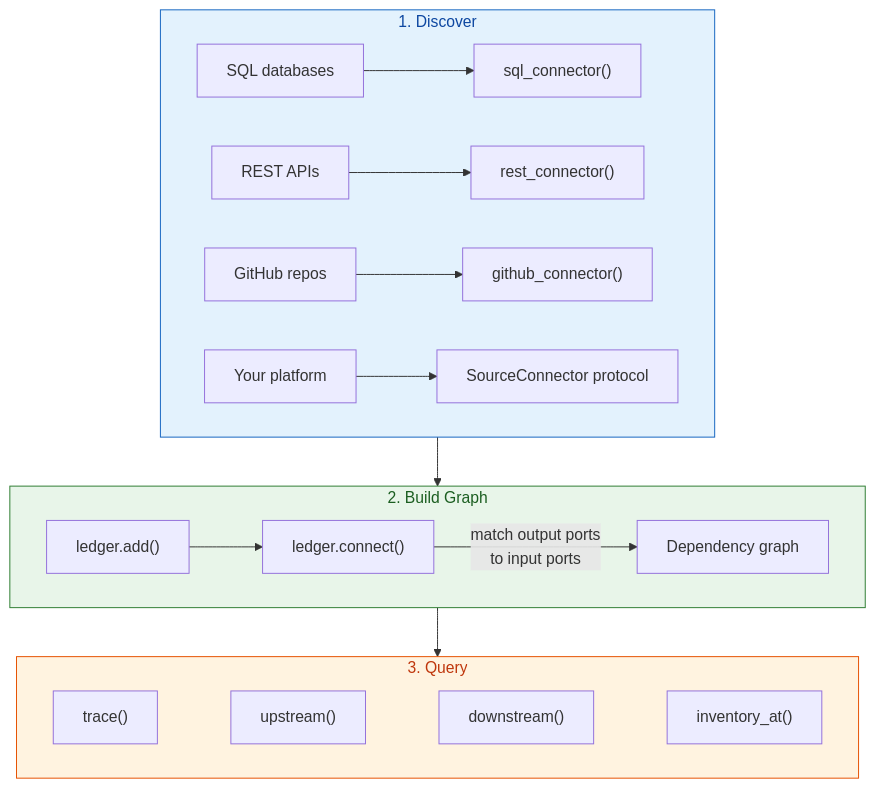
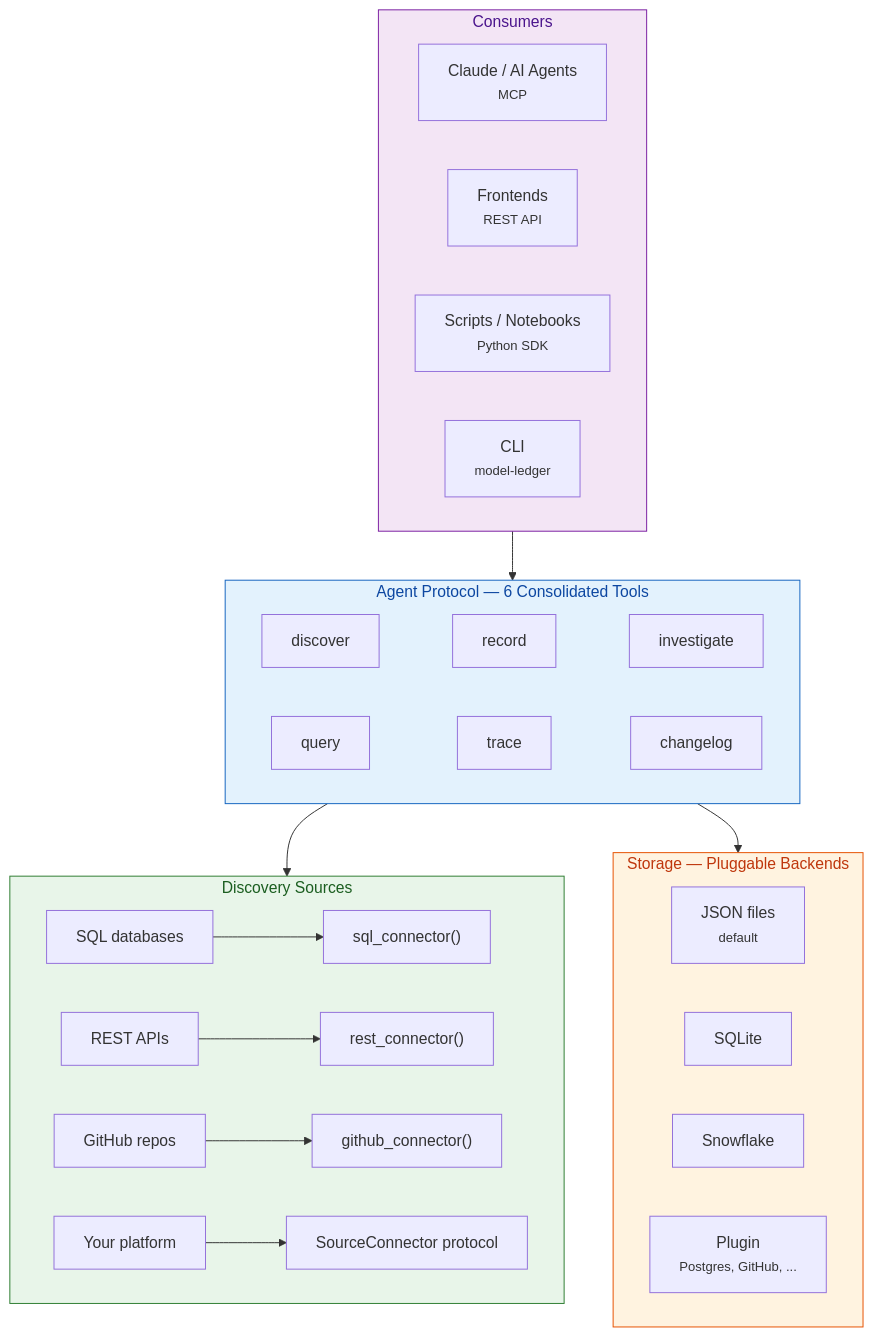
One commit to block/model-ledger changed the second of 2 diagrams in README.md. Above: the diagram before and after it, drawn with Mermaid. The commit also changed other lines of this file, not shown here.

First line of the commit message:
Update README for v0.6.0 agent protocol

````diff
--- a/README.md
+++ b/README.md
@@ -51,27 +76,40 @@
 ```mermaid
 graph TB
-    subgraph discover ["1. Discover"]
+    subgraph consumers ["Consumers"]
+        direction LR
+        AGENT["Claude / AI Agents<br/><small>MCP</small>"]
+        FRONT["Frontends<br/><small>REST API</small>"]
+        SCRIPT["Scripts / Notebooks<br/><small>Python SDK</small>"]
+        CLI_C["CLI<br/><small>model-ledger</small>"]
+    end
+
+    subgraph tools ["Agent Protocol — 6 Consolidated Tools"]
+        direction LR
+        DISC["discover"] ~~~ REC["record"] ~~~ INV["investigate"]
+        QRY["query"] ~~~ TRC["trace"] ~~~ CHG["changelog"]
+    end
+
+    subgraph discover ["Discovery Sources"]
         direction LR
         DB["SQL databases"] --> F["sql_connector()"]
         API["REST APIs"] --> G["rest_connector()"]
         GH["GitHub repos"] --> H["github_connector()"]
         CUSTOM["Your platform"] --> I["SourceConnector protocol"]
     end
 
-    subgraph ledger ["2. Build Graph"]
+    subgraph backends ["Storage — Pluggable Backends"]
         direction LR
-        ADD["ledger.add()"] --> CON["ledger.connect()"]
-        CON --> |"match output ports<br/>to input ports"| GRAPH["Dependency graph"]
+        JSON["JSON files<br/><small>default</small>"]
+        SQLITE["SQLite"]
+        SNOW["Snowflake"]
+        PLUG["Plugin<br/><small>Postgres, GitHub, ...</small>"]
     end
 
-    subgraph query ["3. Query"]
-        direction LR
-        TRACE["trace()"] ~~~ UP["upstream()"] ~~~ DOWN["downstream()"] ~~~ INV["inventory_at()"]
-    end
+    consumers --> tools --> discover
+    tools --> backends
 
-    discover --> ledger --> query
-
-    style discover fill:#E3F2FD,stroke:#1565C0,color:#0D47A1
-    style ledger fill:#E8F5E9,stroke:#2E7D32,color:#1B5E20
-    style query fill:#FFF3E0,stroke:#E65100,color:#BF360C
+    style consumers fill:#F3E5F5,stroke:#7B1FA2,color:#4A148C
+    style tools fill:#E3F2FD,stroke:#1565C0,color:#0D47A1
+    style discover fill:#E8F5E9,stroke:#2E7D32,color:#1B5E20
+    style backends fill:#FFF3E0,stroke:#E65100,color:#BF360C
 ```
````
